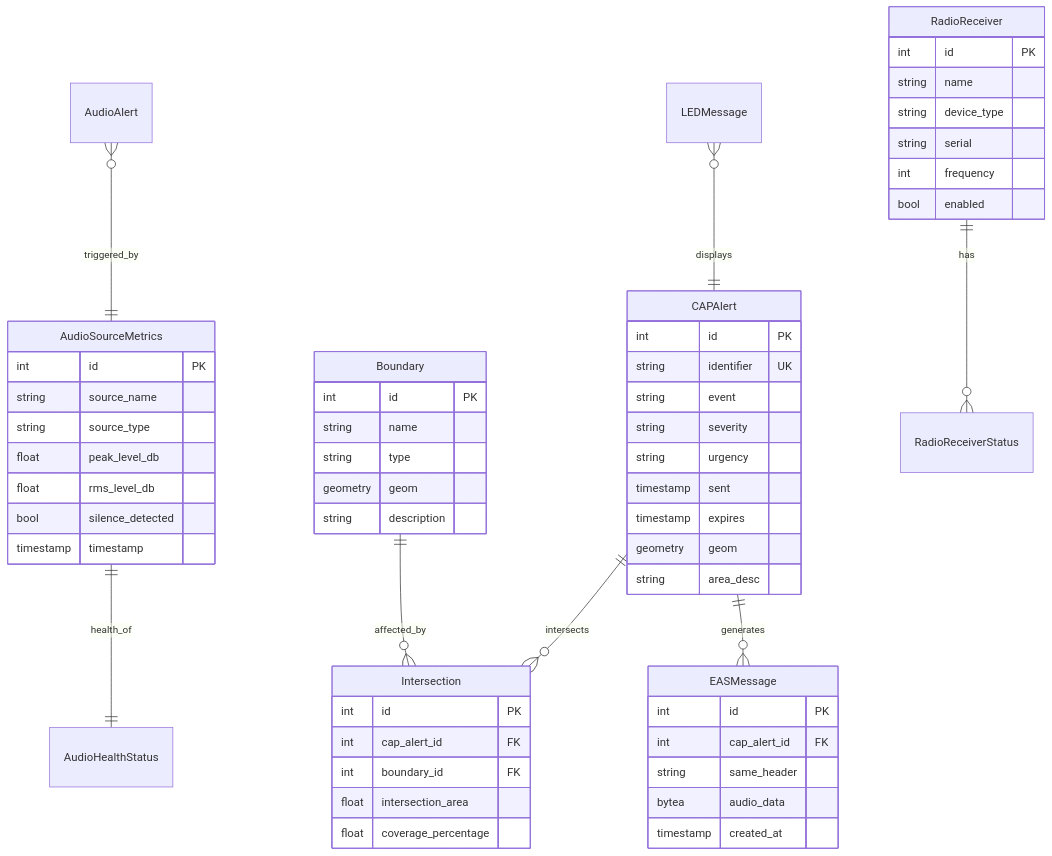
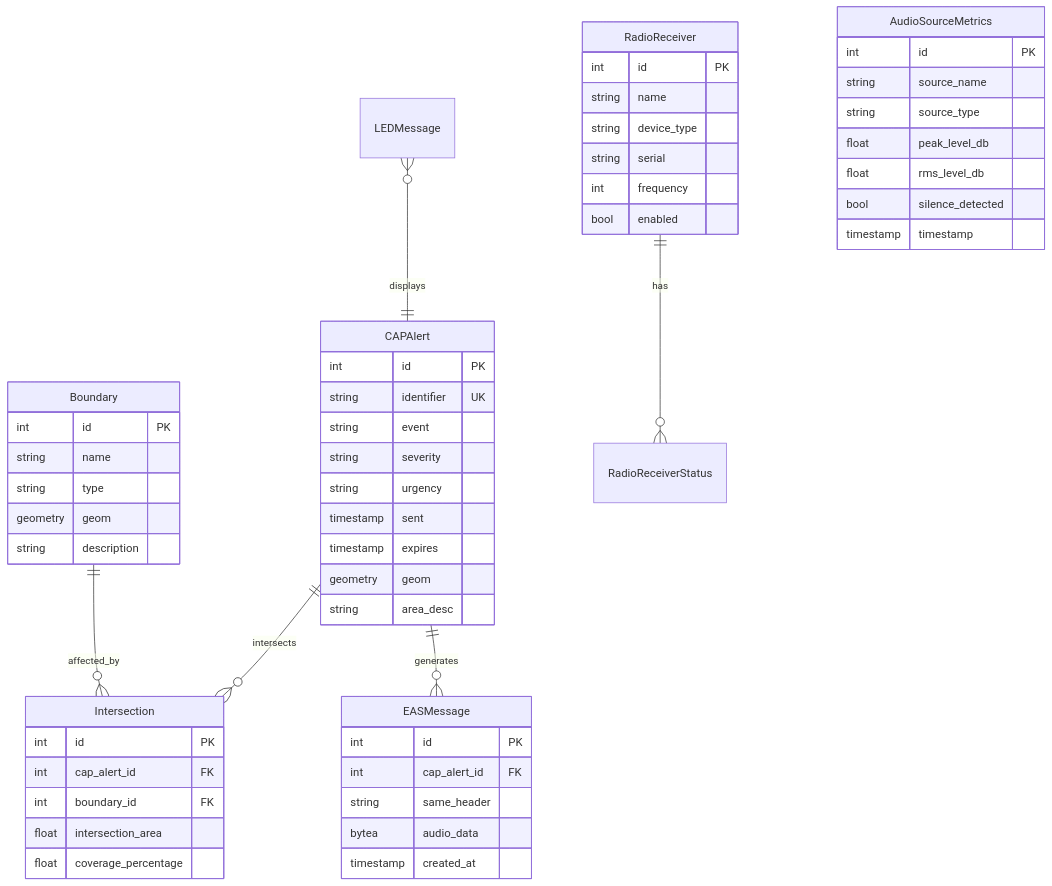
One commit to KR8MER/eas-station changed diagram 14 of 21 in docs/architecture/SYSTEM_ARCHITECTURE.md. Above: the diagram before and after it, drawn with Mermaid. The commit also changed 1 other file, not shown here.

Commit message:
Remove fabricated ER-diagram relationships not backed by real foreign keys (#2647)
Auditing every Mermaid diagram in docs/ against source: two architecture
ER diagrams showed AudioSourceMetrics/AudioHealthStatus/AudioAlert linked
by declared relationships (||--||, }o--||) and a standalone "AudioSource"
entity that doesn't exist as a model. In reality these three tables are
only correlated by a shared free-text source_name column, not a foreign
key -- there is no AudioSource table and no FK between the audio-health
tables. Removed the fabricated relationship lines; every remaining edge
in both diagrams is backed by an actual db.ForeignKey in app_core/_models_*.py.

Claude-Session: https://claude.ai/code/session_01L5Y9SU9cnwRSdKckKQJobT

````diff
--- a/docs/architecture/SYSTEM_ARCHITECTURE.md
+++ b/docs/architecture/SYSTEM_ARCHITECTURE.md
@@ -709,65 +709,63 @@
 ```mermaid
 erDiagram
     CAPAlert ||--o{ Intersection : "intersects"
     CAPAlert ||--o{ EASMessage : "generates"
     Boundary ||--o{ Intersection : "affected_by"
     RadioReceiver ||--o{ RadioReceiverStatus : "has"
-    AudioSourceMetrics ||--|| AudioHealthStatus : "health_of"
-    AudioAlert }o--|| AudioSourceMetrics : "triggered_by"
     LEDMessage }o--|| CAPAlert : "displays"
 
     CAPAlert {
         int id PK
         string identifier UK
         string event
         string severity
         string urgency
         timestamp sent
         timestamp expires
         geometry geom
         string area_desc
     }
 
     Boundary {
         int id PK
         string name
         string type
         geometry geom
         string description
     }
 
     Intersection {
         int id PK
         int cap_alert_id FK
         int boundary_id FK
         float intersection_area
         float coverage_percentage
     }
 
     EASMessage {
         int id PK
         int cap_alert_id FK
         string same_header
         bytea audio_data
         timestamp created_at
     }
 
     RadioReceiver {
         int id PK
         string name
         string device_type
         string serial
         int frequency
         bool enabled
     }
 
     AudioSourceMetrics {
         int id PK
         string source_name
         string source_type
         float peak_level_db
         float rms_level_db
         bool silence_detected
         timestamp timestamp
     }
 ```
````
